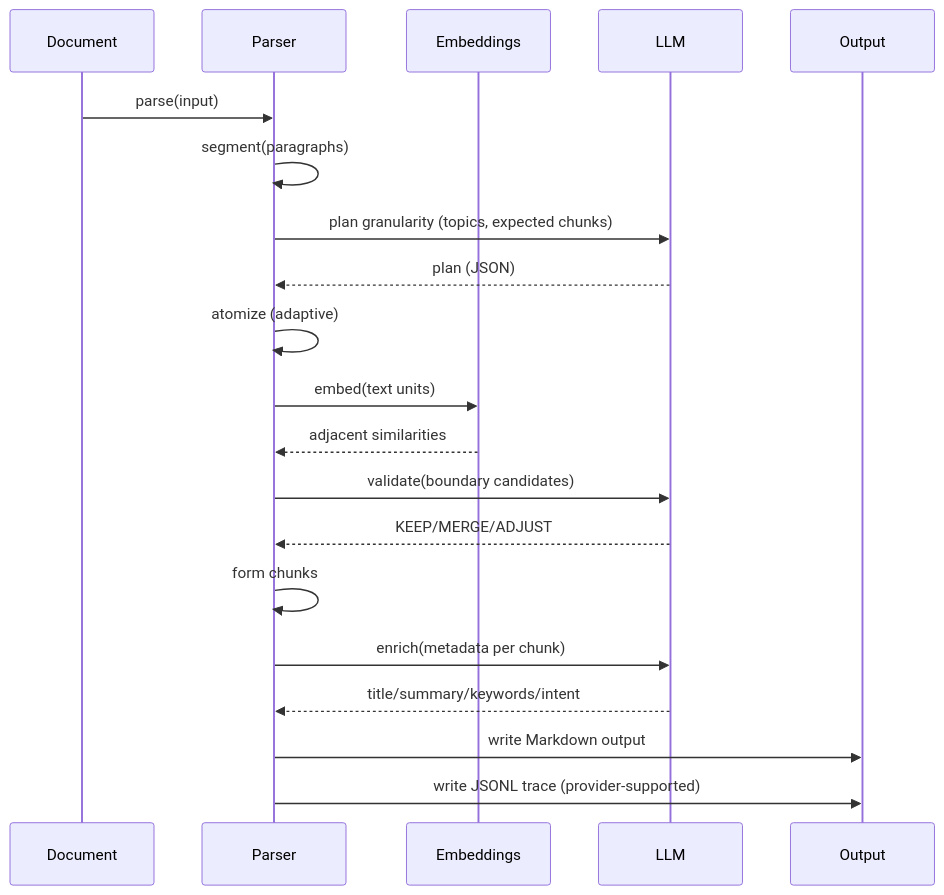
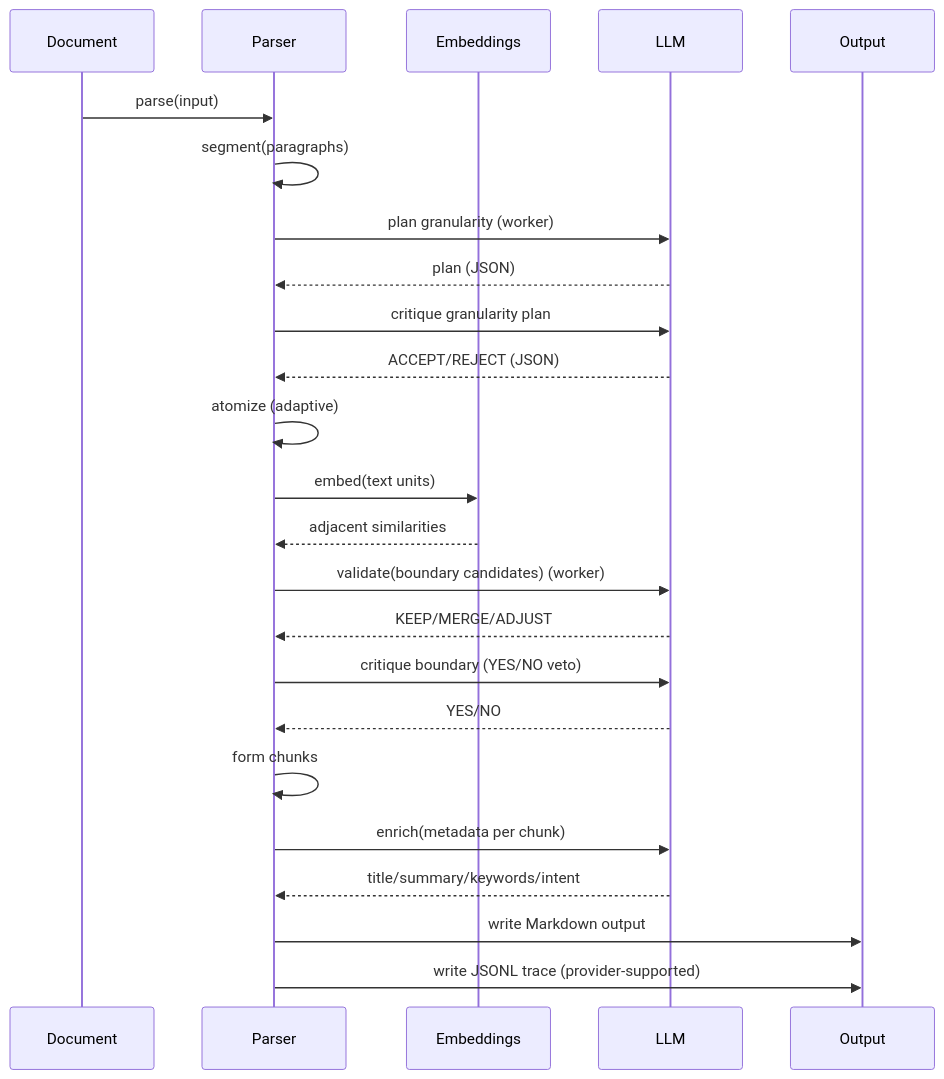
One commit to anirudha-stack/Scalpel changed the second of 2 diagrams in README.md. Above: the diagram before and after it, drawn with Mermaid. The commit also changed other lines of this file and 10 other files, not shown here.

````diff
--- a/README.md
+++ b/README.md
@@ -71,23 +73,27 @@
 ```mermaid
 sequenceDiagram
   participant D as Document
   participant P as Parser
   participant E as Embeddings
   participant L as LLM
   participant O as Output
 
   D->>P: parse(input)
   P->>P: segment(paragraphs)
-  P->>L: plan granularity (topics, expected chunks)
+  P->>L: plan granularity (worker)
   L-->>P: plan (JSON)
+  P->>L: critique granularity plan
+  L-->>P: ACCEPT/REJECT (JSON)
   P->>P: atomize (adaptive)
   P->>E: embed(text units)
   E-->>P: adjacent similarities
-  P->>L: validate(boundary candidates)
+  P->>L: validate(boundary candidates) (worker)
   L-->>P: KEEP/MERGE/ADJUST
+  P->>L: critique boundary (YES/NO veto)
+  L-->>P: YES/NO
   P->>P: form chunks
   P->>L: enrich(metadata per chunk)
   L-->>P: title/summary/keywords/intent
   P->>O: write Markdown output
   P->>O: write JSONL trace (provider-supported)
 ```
````
